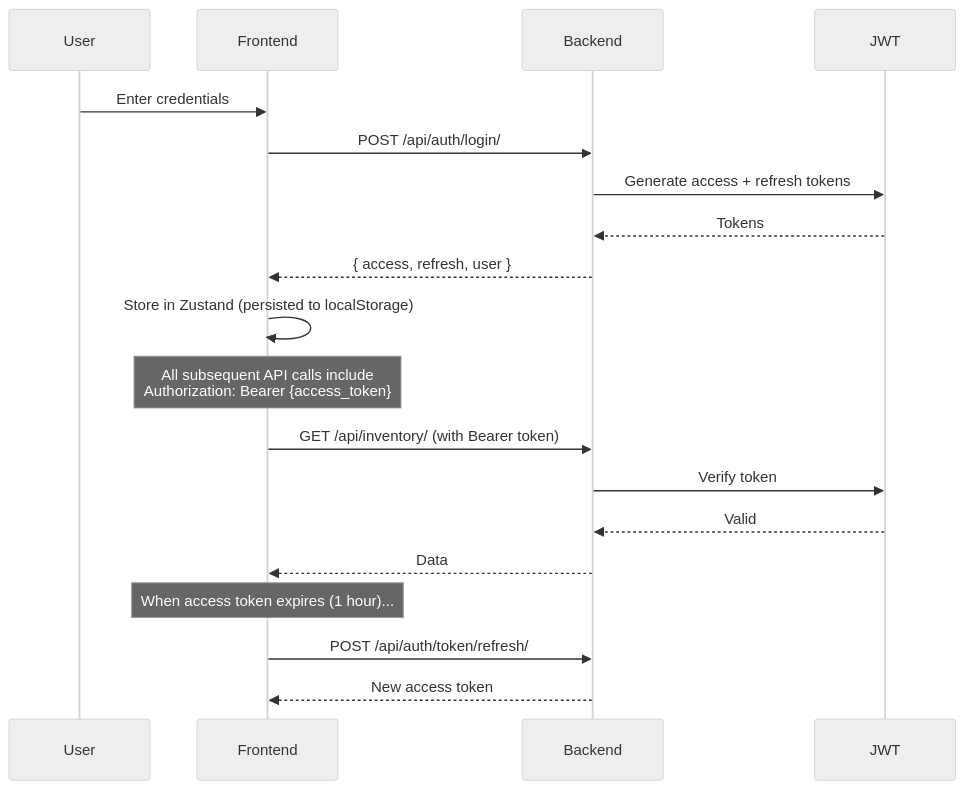
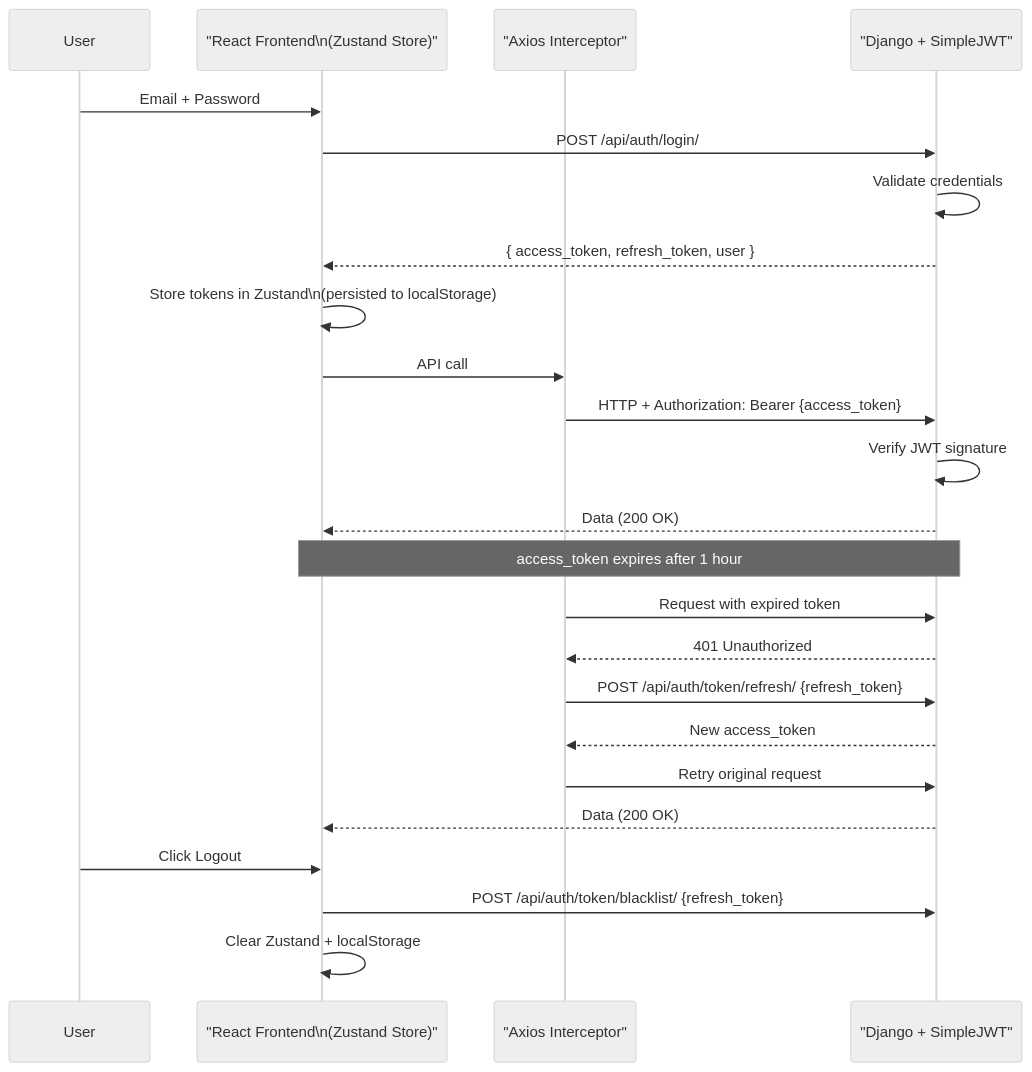
Before and after one commit to RICKTZY22/plmun-nexus-: the sixth of 9 diagrams in system_documentation.md, drawn with Mermaid (neutral theme). The commit also changed other lines of this file and 2 other files, not shown here.

First line of the commit message:
docs: overhaul system documentation with full diagrams and tables

````diff
--- a/system_documentation.md
+++ b/system_documentation.md
@@ -358,25 +394,34 @@
 ```mermaid
 sequenceDiagram
     participant User
-    participant Frontend
-    participant Backend
-    participant JWT
+    participant Frontend as "React Frontend\n(Zustand Store)"
+    participant Axios as "Axios Interceptor"
+    participant Backend as "Django + SimpleJWT"
 
-    User->>Frontend: Enter credentials
+    %% Login
+    User->>Frontend: Email + Password
     Frontend->>Backend: POST /api/auth/login/
-    Backend->>JWT: Generate access + refresh tokens
-    JWT-->>Backend: Tokens
-    Backend-->>Frontend: { access, refresh, user }
-    Frontend->>Frontend: Store in Zustand (persisted to localStorage)
+    Backend->>Backend: Validate credentials
+    Backend-->>Frontend: { access_token, refresh_token, user }
+    Frontend->>Frontend: Store tokens in Zustand\n(persisted to localStorage)
 
-    Note over Frontend: All subsequent API calls include<br/>Authorization: Bearer {access_token}
+    %% Authenticated Request
+    Frontend->>Axios: API call
+    Axios->>Backend: HTTP + Authorization: Bearer {access_token}
+    Backend->>Backend: Verify JWT signature
+    Backend-->>Frontend: Data (200 OK)
 
-    Frontend->>Backend: GET /api/inventory/ (with Bearer token)
-    Backend->>JWT: Verify token
-    JWT-->>Backend: Valid
-    Backend-->>Frontend: Data
+    %% Token Expiry & Refresh
+    Note over Frontend,Backend: access_token expires after 1 hour
+    Axios->>Backend: Request with expired token
+    Backend-->>Axios: 401 Unauthorized
+    Axios->>Backend: POST /api/auth/token/refresh/ {refresh_token}
+    Backend-->>Axios: New access_token
+    Axios->>Backend: Retry original request
+    Backend-->>Frontend: Data (200 OK)
 
-    Note over Frontend: When access token expires (1 hour)...
-    Frontend->>Backend: POST /api/auth/token/refresh/
-    Backend-->>Frontend: New access token
+    %% Logout
+    User->>Frontend: Click Logout
+    Frontend->>Backend: POST /api/auth/token/blacklist/ {refresh_token}
+    Frontend->>Frontend: Clear Zustand + localStorage
 ```
````
